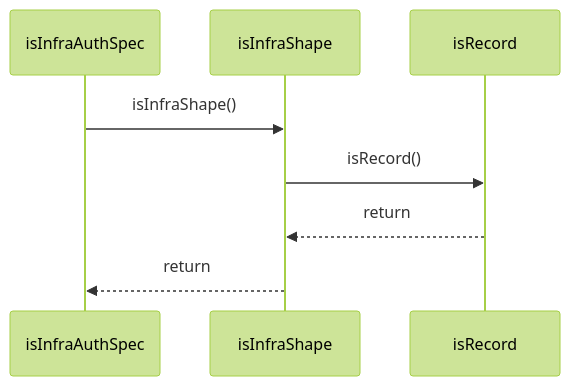
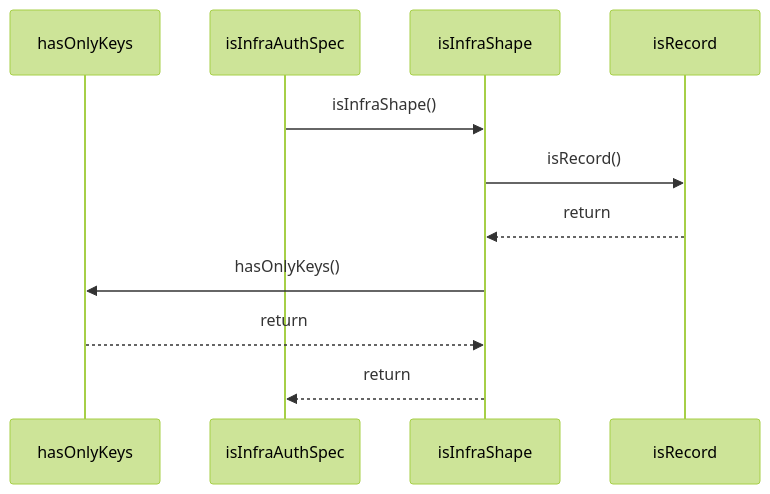
The diagram in paradox/diagrams/sequences/is-infra-auth-spec.mmd (ankhorage/contracts), drawn with Mermaid (forest theme) before and after one commit. The commit also changed 45 other files, not shown here.

```diff
--- a/paradox/diagrams/sequences/is-infra-auth-spec.mmd
+++ b/paradox/diagrams/sequences/is-infra-auth-spec.mmd
@@ -1,8 +1,11 @@
 sequenceDiagram
+  participant participant_hasOnlyKeys as hasOnlyKeys
   participant participant_isInfraAuthSpec as isInfraAuthSpec
   participant participant_isInfraShape as isInfraShape
   participant participant_isRecord as isRecord
   participant_isInfraAuthSpec->>participant_isInfraShape: isInfraShape()
   participant_isInfraShape->>participant_isRecord: isRecord()
   participant_isRecord-->>participant_isInfraShape: return
+  participant_isInfraShape->>participant_hasOnlyKeys: hasOnlyKeys()
+  participant_hasOnlyKeys-->>participant_isInfraShape: return
   participant_isInfraShape-->>participant_isInfraAuthSpec: return
```
